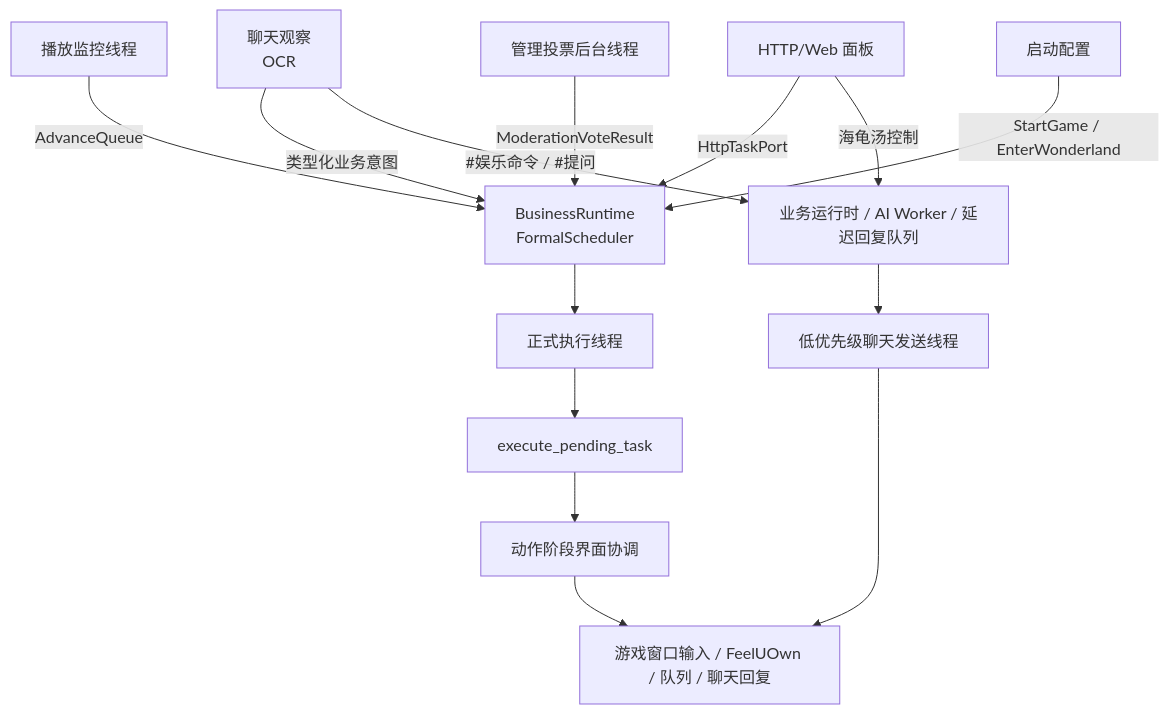
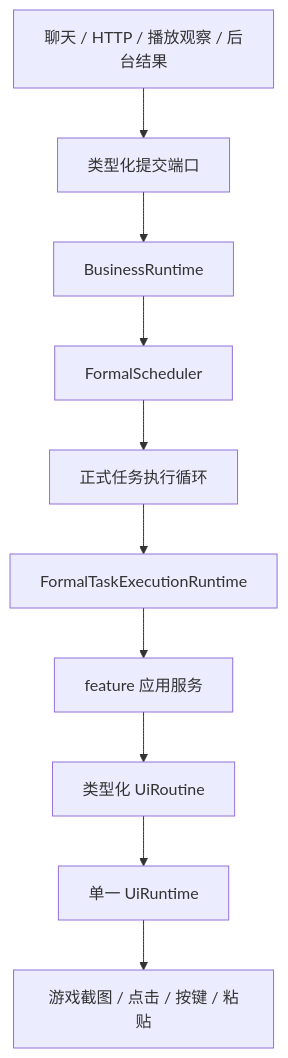
The first of 3 diagrams in docs/executor-flow.md (XingNian-www/Miliastra-Wonderland-Music), drawn with Mermaid before and after one commit. The commit also changed other lines of this file and 105 other files, not shown here.

Commit message:
refactor: finish v2 architecture migration

````diff
--- a/docs/executor-flow.md
+++ b/docs/executor-flow.md
@@ -11,16 +7,12 @@
 ```mermaid
 flowchart TD
-    A["聊天观察<br/>OCR"] -->|类型化业务意图| P["BusinessRuntime<br/>FormalScheduler"]
-    A -->|#娱乐命令 / #提问| J["业务运行时 / AI Worker / 延迟回复队列"]
-    B["HTTP/Web 面板"] -->|HttpTaskPort| P
-    B -->|海龟汤控制| J
-    C["播放监控线程"] -->|AdvanceQueue| P
-    D["管理投票后台线程"] -->|ModerationVoteResult| P
-    E["启动配置"] -->|StartGame / EnterWonderland| P
-    P --> F["正式执行线程"]
-    F --> G["execute_pending_task"]
-    G --> H["动作阶段界面协调"]
-    H --> I["游戏窗口输入 / FeelUOwn / 队列 / 聊天回复"]
-    J --> S["低优先级聊天发送线程"]
-    S --> I
+    A["聊天 / HTTP / 播放观察 / 后台结果"] --> B["类型化提交端口"]
+    B --> C["BusinessRuntime"]
+    C --> D["FormalScheduler"]
+    D --> E["正式任务执行循环"]
+    E --> F["FormalTaskExecutionRuntime"]
+    F --> G["feature 应用服务"]
+    G --> H["类型化 UiRoutine"]
+    H --> I["单一 UiRuntime"]
+    I --> J["游戏截图 / 点击 / 按键 / 粘贴"]
 ```
````
